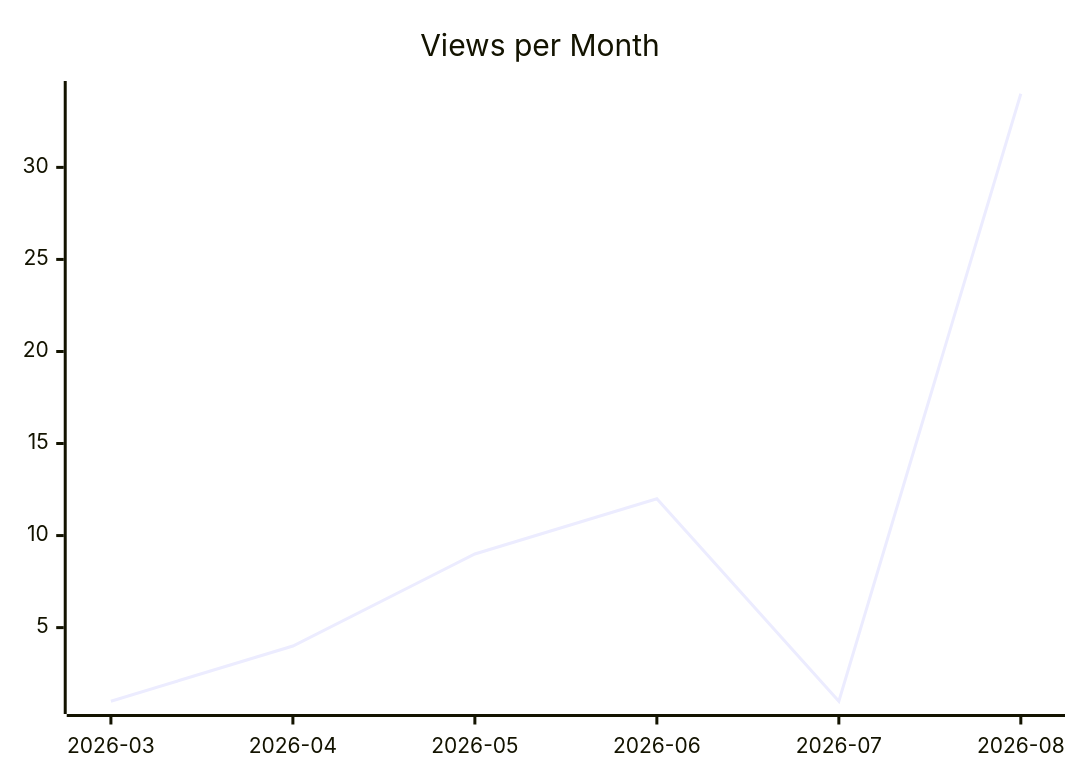
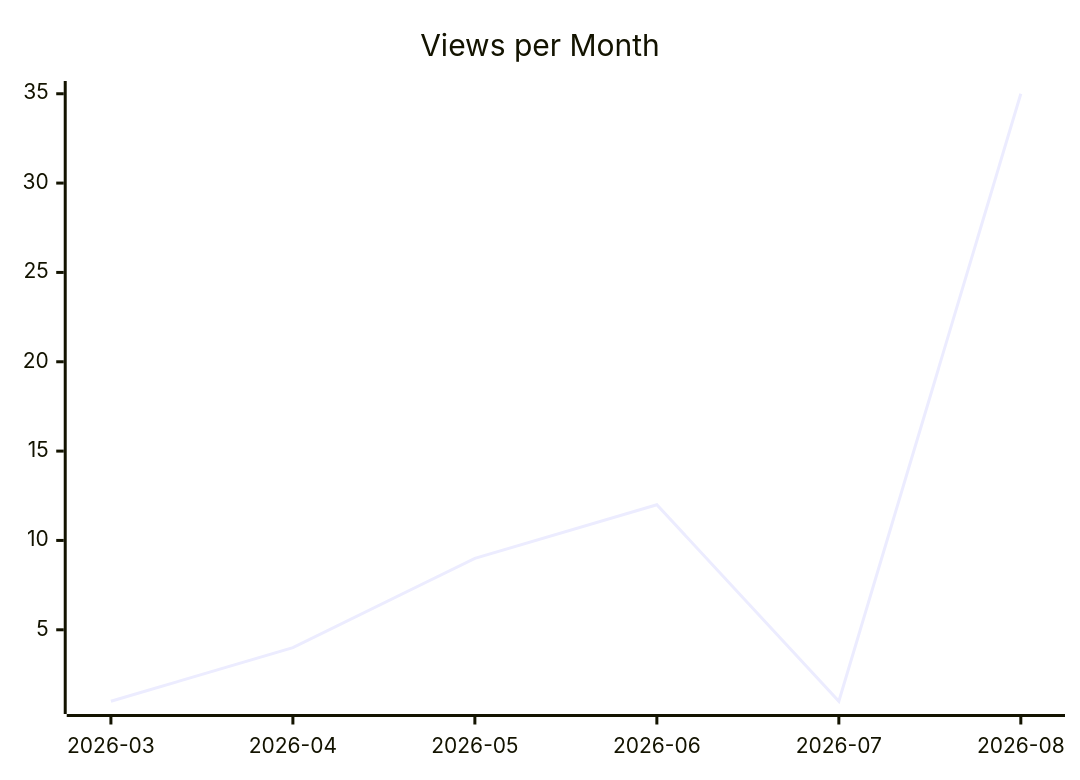
Before and after one commit to justdavis-family/github-analytics-data: the second of 3 diagrams in justdavis-family/justdavis/README.md, drawn with Mermaid. The commit also changed other lines of this file and 167 other files, not shown here.

````diff
--- a/justdavis-family/justdavis/README.md
+++ b/justdavis-family/justdavis/README.md
@@ -12,6 +12,6 @@
 ```mermaid
 xychart-beta
   title "Views per Month"
   x-axis ["2026-03", "2026-04", "2026-05", "2026-06", "2026-07", "2026-08"]
-  line [1, 4, 9, 12, 1, 34]
+  line [1, 4, 9, 12, 1, 35]
 ```
````
